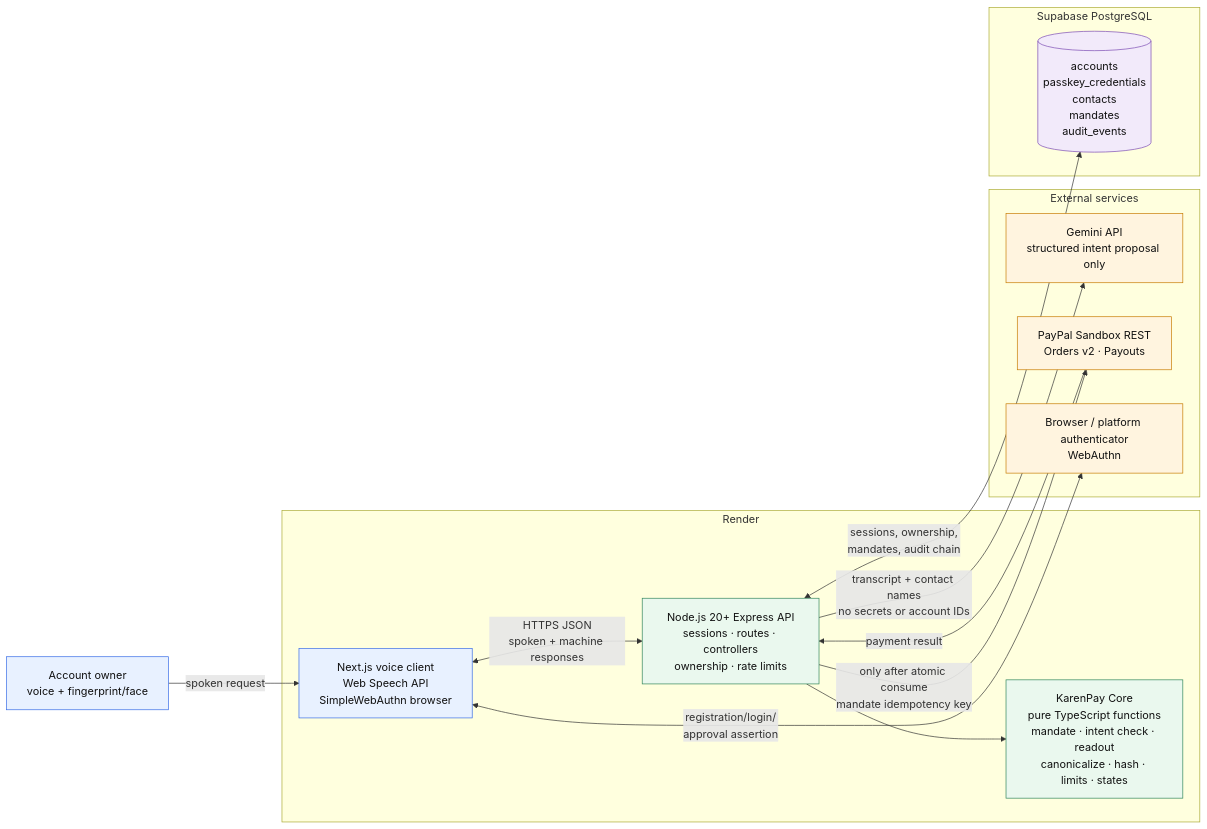
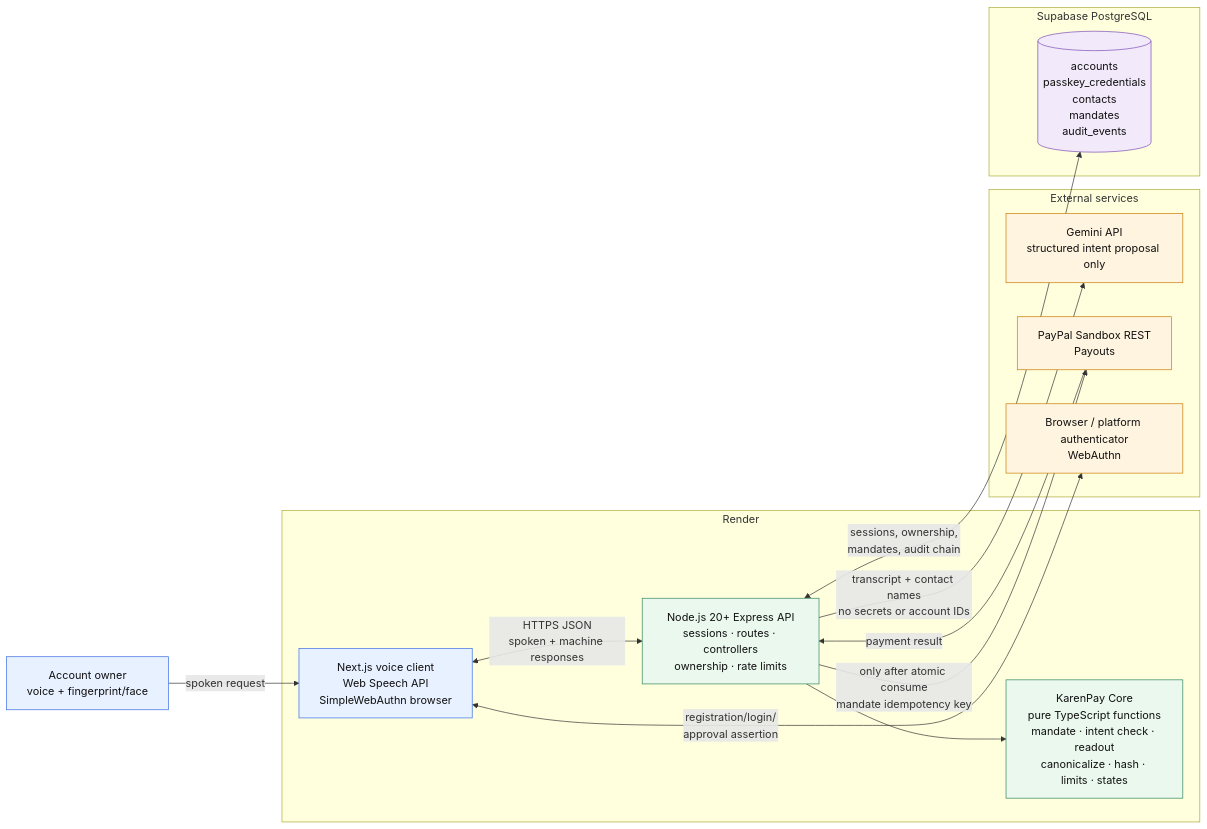
One commit to codewithemmax/KarenPay changed the first of 3 diagrams in docs/ARCHITECTURE.md. Above: the diagram before and after it, drawn with Mermaid. The commit also changed 9 other files, not shown here.

Commit message:
feat: Initial database schema and passkey registration implemention

````diff
--- a/docs/ARCHITECTURE.md
+++ b/docs/ARCHITECTURE.md
@@ -10,39 +10,39 @@
 ```mermaid
 flowchart LR
     person["Account owner<br/>voice + fingerprint/face"]
 
     subgraph render["Render"]
         web["Next.js voice client<br/>Web Speech API<br/>SimpleWebAuthn browser"]
         api["Node.js 20+ Express API<br/>sessions · routes · controllers<br/>ownership · rate limits"]
         core["KarenPay Core<br/>pure TypeScript functions<br/>mandate · intent check · readout<br/>canonicalize · hash · limits · states"]
     end
 
     subgraph external["External services"]
         gemini["Gemini API<br/>structured intent proposal only"]
-        paypal["PayPal Sandbox REST<br/>Orders v2 · Payouts"]
+        paypal["PayPal Sandbox REST<br/>Payouts"]
         passkey["Browser / platform authenticator<br/>WebAuthn"]
     end
 
     subgraph data["Supabase PostgreSQL"]
         db[("accounts<br/>passkey_credentials<br/>contacts<br/>mandates<br/>audit_events")]
     end
 
     person -->|"spoken request"| web
     web <-->|"HTTPS JSON<br/>spoken + machine responses"| api
     web <-->|"registration/login/<br/>approval assertion"| passkey
 
     api --> core
     api -->|"transcript + contact names<br/>no secrets or account IDs"| gemini
     api <-->|"sessions, ownership,<br/>mandates, audit chain"| db
     api -->|"only after atomic consume<br/>mandate idempotency key"| paypal
     paypal -->|"payment result"| api
 
     classDef client fill:#e8f1ff,stroke:#356ae6,color:#111
     classDef app fill:#eaf8ee,stroke:#2f855a,color:#111
     classDef external fill:#fff4df,stroke:#c77b00,color:#111
     classDef data fill:#f2eafa,stroke:#7b4ab3,color:#111
     class person,web client
     class api,core app
     class gemini,paypal,passkey external
     class db data
 ```
````
